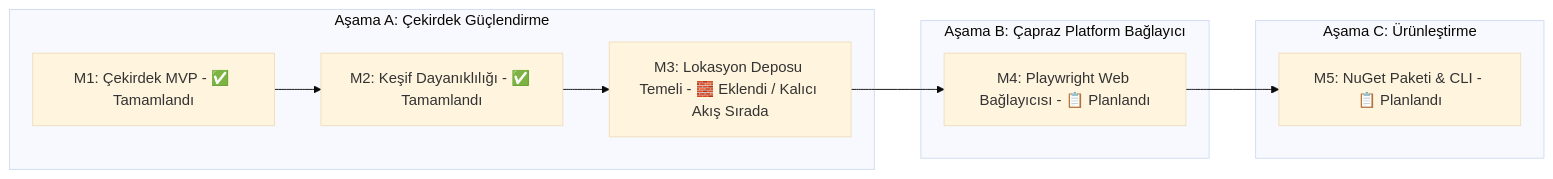
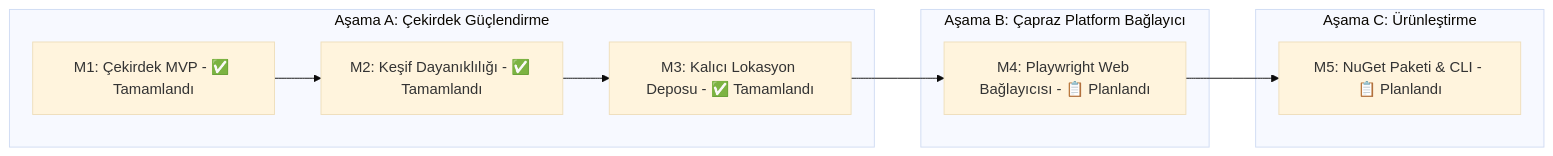
One commit to mustafasercansak/automation-sandbox changed the sixth of 6 diagrams in PROJECT_SHOWCASE.md. Above: the diagram before and after it, drawn with Mermaid (base theme). The commit also changed other lines of this file and 5 other files, not shown here.

````diff
--- a/PROJECT_SHOWCASE.md
+++ b/PROJECT_SHOWCASE.md
@@ -361,16 +363,16 @@
 ```mermaid
 graph LR
     subgraph PhaseA [Aşama A: Çekirdek Güçlendirme]
         M1[M1: Çekirdek MVP - ✅ Tamamlandı]
         M2[M2: Keşif Dayanıklılığı - ✅ Tamamlandı]
-        M3[M3: Lokasyon Deposu Temeli - 🧱 Eklendi / Kalıcı Akış Sırada]
+        M3[M3: Kalıcı Lokasyon Deposu - ✅ Tamamlandı]
         M1 --> M2 --> M3
     end
     subgraph PhaseB [Aşama B: Çapraz Platform Bağlayıcı]
         M4[M4: Playwright Web Bağlayıcısı - 📋 Planlandı]
     end
     subgraph PhaseC [Aşama C: Ürünleştirme]
         M5[M5: NuGet Paketi & CLI - 📋 Planlandı]
     end
     M3 --> M4 --> M5
 ```
````
